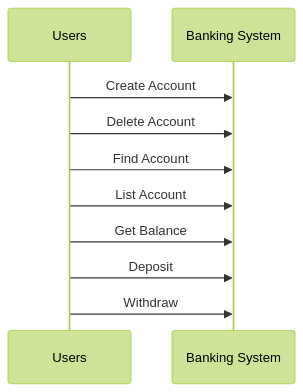
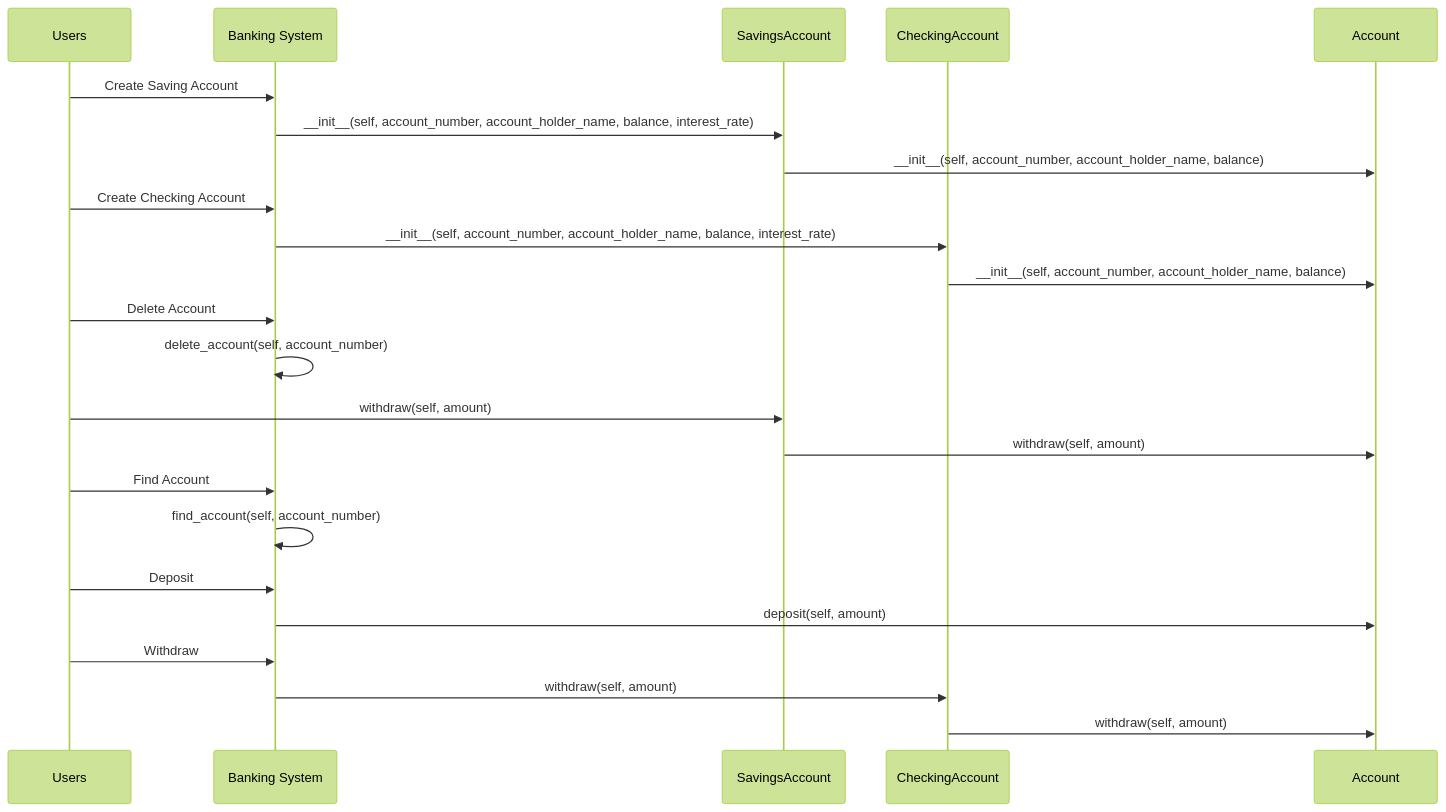
Before and after one commit to EECE3093C/luong_quoc_bearcat_trust_bank: the diagram in docs/uml_sequence_diagram.md, drawn with Mermaid (forest theme).

Commit message:
Fix sequence bug

````diff
--- a/docs/uml_sequence_diagram.md
+++ b/docs/uml_sequence_diagram.md
@@ -2,12 +2,32 @@
 ```mermaid
 sequenceDiagram
   participant Users
   participant Banking System
-  Users->>Banking System: Create Account
+  participant SavingsAccount
+  participant CheckingAccount
+  participant Account
+  
+  Users->>Banking System: Create Saving Account
+  Banking System->>SavingsAccount: __init__(self, account_number, account_holder_name, balance, interest_rate)
+  SavingsAccount->>Account:__init__(self, account_number, account_holder_name, balance)
+  
+  Users->>Banking System: Create Checking Account
+  Banking System->>CheckingAccount: __init__(self, account_number, account_holder_name, balance, interest_rate)
+  CheckingAccount->>Account:__init__(self, account_number, account_holder_name, balance)
+  
   Users->>Banking System: Delete Account
+  Banking System->>Banking System: delete_account(self, account_number)
+  Users->>SavingsAccount: withdraw(self, amount)
+  SavingsAccount->>Account: withdraw(self, amount)
+  
   Users->>Banking System: Find Account
-  Users->>Banking System: List Account
-  Users->>Banking System: Get Balance
+  Banking System->>Banking System: find_account(self, account_number)
+  
   Users->>Banking System: Deposit
-  Users->>Banking System: Withdraw
+  Banking System->>Account: deposit(self, amount)
+  
+   Users->>Banking System: Withdraw
+   Banking System->>CheckingAccount: withdraw(self, amount)
+   CheckingAccount->>Account: withdraw(self, amount)
+  
 ```
````
